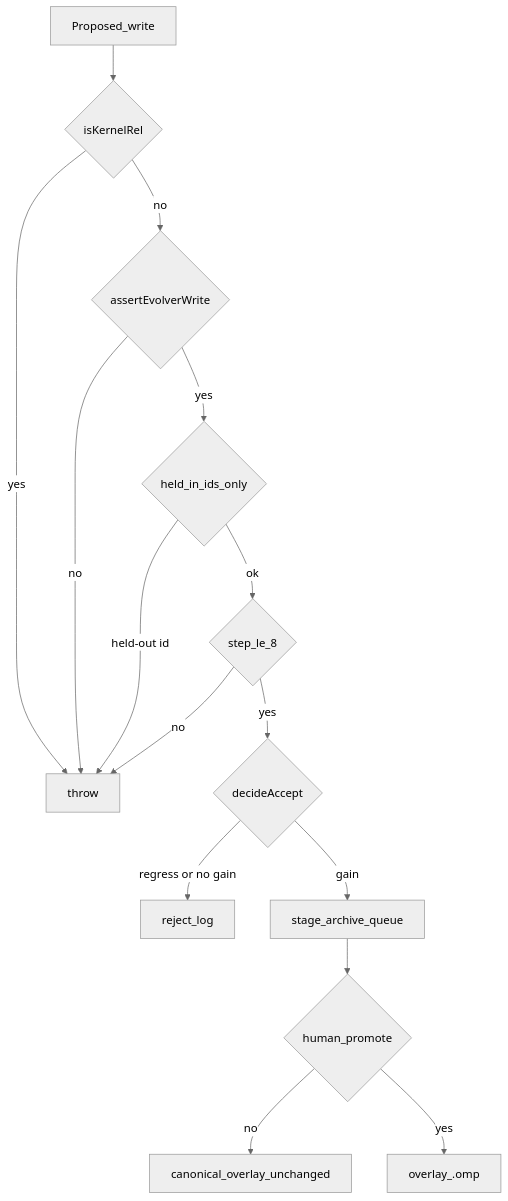
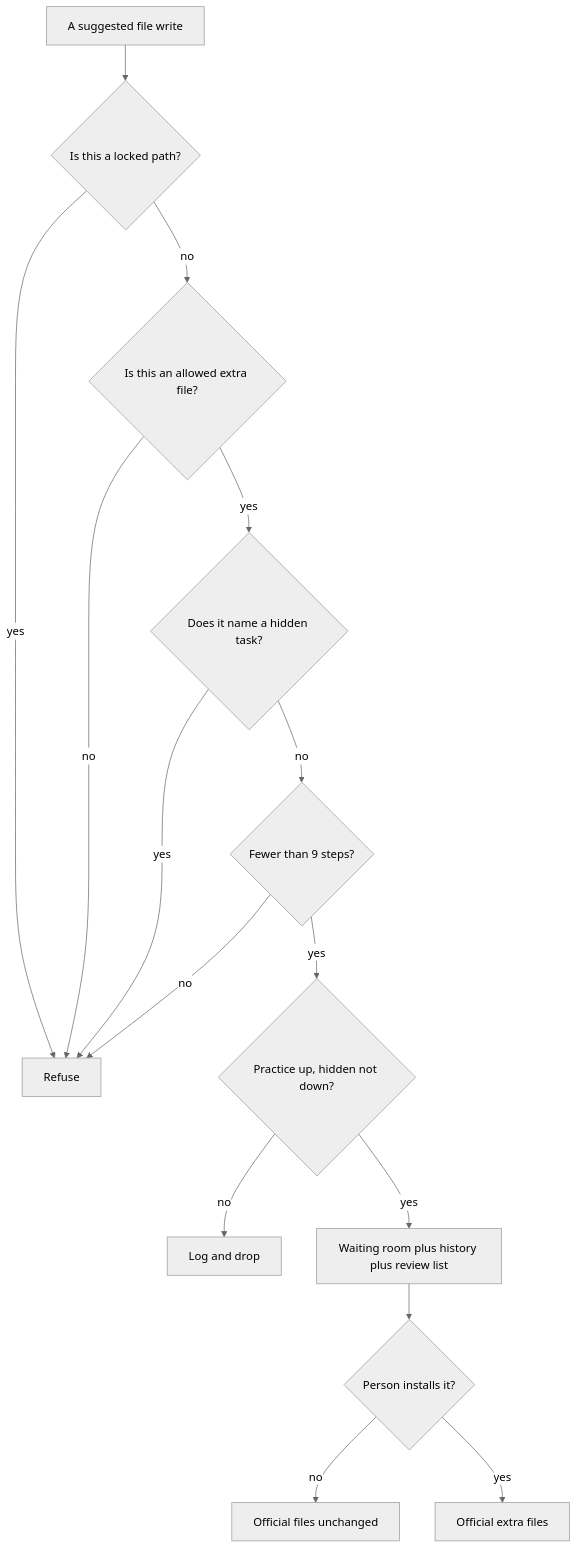
One commit to Vinayak-RZ/Improveness changed the third of 3 diagrams in README.md. Above: the diagram before and after it, drawn with Mermaid (neutral theme). The commit also changed other lines of this file, not shown here.

````diff
--- a/README.md
+++ b/README.md
@@ -138,17 +148,17 @@
 ```mermaid
 flowchart TD
-  write[Proposed_write] --> kernel{isKernelRel}
-  kernel -->|yes| deny[throw]
-  kernel -->|no| allow{assertEvolverWrite}
+  write[A suggested file write] --> locked{Is this a locked path?}
+  locked -->|yes| deny[Refuse]
+  locked -->|no| allow{Is this an allowed extra file?}
   allow -->|no| deny
-  allow -->|yes| ids{held_in_ids_only}
-  ids -->|held-out id| deny
-  ids -->|ok| cap{step_le_8}
+  allow -->|yes| peek{Does it name a hidden task?}
+  peek -->|yes| deny
+  peek -->|no| cap{Fewer than 9 steps?}
   cap -->|no| deny
-  cap -->|yes| gate{decideAccept}
-  gate -->|regress or no gain| reject[reject_log]
-  gate -->|gain| stage[stage_archive_queue]
-  stage --> human{human_promote}
-  human -->|no| stay[canonical_overlay_unchanged]
-  human -->|yes| overlay[overlay_.omp]
+  cap -->|yes| gate{Practice up, hidden not down?}
+  gate -->|no| reject[Log and drop]
+  gate -->|yes| stage[Waiting room plus history plus review list]
+  stage --> human{Person installs it?}
+  human -->|no| stay[Official files unchanged]
+  human -->|yes| official[Official extra files]
 ```
````
